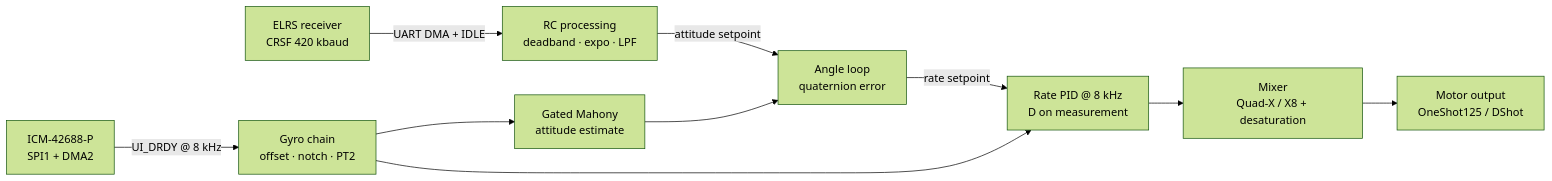
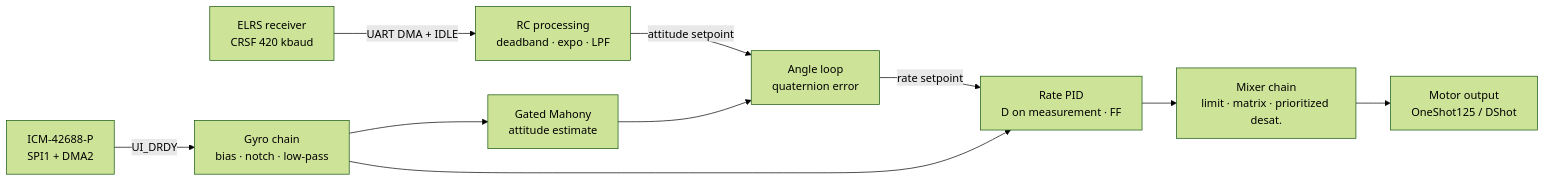
Before and after one commit to SiCeater/logolith: the diagram in README.md, drawn with Mermaid (forest theme). The commit also changed other lines of this file and 14 other files, not shown here.

````diff
--- a/README.md
+++ b/README.md
@@ -81,12 +83,12 @@
 ```mermaid
 flowchart LR
     RX["ELRS receiver<br/>CRSF 420 kbaud"] -->|"UART DMA + IDLE"| RCP["RC processing<br/>deadband · expo · LPF"]
-    ICM["ICM-42688-P<br/>SPI1 + DMA2"] -->|"UI_DRDY @ 8 kHz"| GYR["Gyro chain<br/>offset · notch · PT2"]
+    ICM["ICM-42688-P<br/>SPI1 + DMA2"] -->|"UI_DRDY"| GYR["Gyro chain<br/>bias · notch · low-pass"]
     GYR --> AHRS["Gated Mahony<br/>attitude estimate"]
     RCP -->|"attitude setpoint"| ANG["Angle loop<br/>quaternion error"]
     AHRS --> ANG
-    ANG -->|"rate setpoint"| RATE["Rate PID @ 8 kHz<br/>D on measurement"]
+    ANG -->|"rate setpoint"| RATE["Rate PID<br/>D on measurement · FF"]
     GYR --> RATE
-    RATE --> MIX["Mixer<br/>Quad-X / X8 + desaturation"]
+    RATE --> MIX["Mixer chain<br/>limit · matrix · prioritized desat."]
     MIX --> ESC["Motor output<br/>OneShot125 / DShot"]
 ```
````
